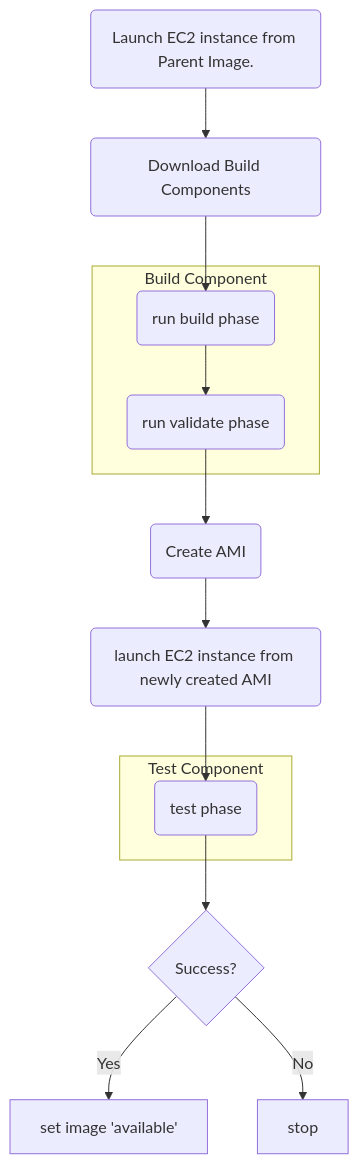
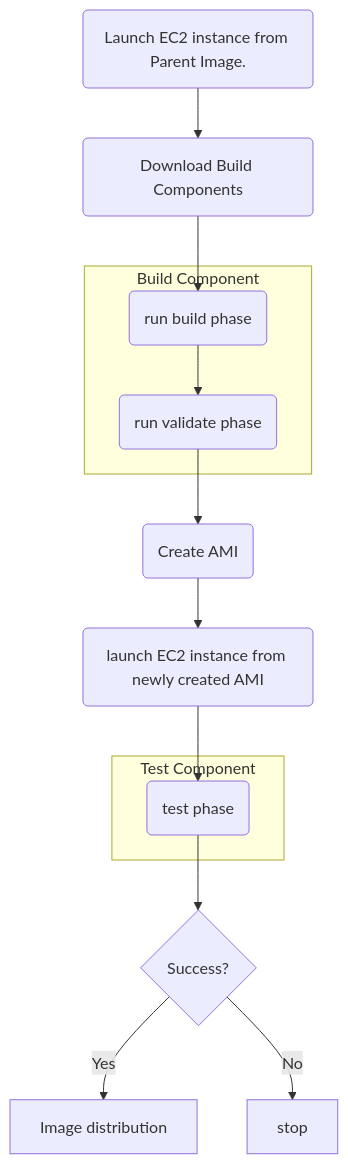
Before and after one commit to aws-samples/amazon-ec2-image-builder-workshop: the diagram in content/25-building-your-first-pipeline/403-under-the-hood-review.md, drawn with Mermaid.

Commit message:
Clarifying graph in "Under the hood" section

```diff
--- a/content/25-building-your-first-pipeline/403-under-the-hood-review.md
+++ b/content/25-building-your-first-pipeline/403-under-the-hood-review.md
@@ -8,18 +8,18 @@
 {{<mermaid align="left">}}
 graph TB;
 
 A(Launch EC2 instance from Parent Image.) --> B(Download Build Components)
 B --> C(run build phase)
 subgraph Build Component
 C --> D(run validate phase)
 end
 D --> X(Create AMI)
 X --> Y(launch EC2 instance from newly created AMI)
 Y --> E(test phase)
 subgraph Test Component
 E
 end
 E -->F{Success?}
-F -->|Yes| G[set image 'available']
+F -->|Yes| G[Image distribution]
 F -->|No| H[stop]
 {{< /mermaid >}}
```
